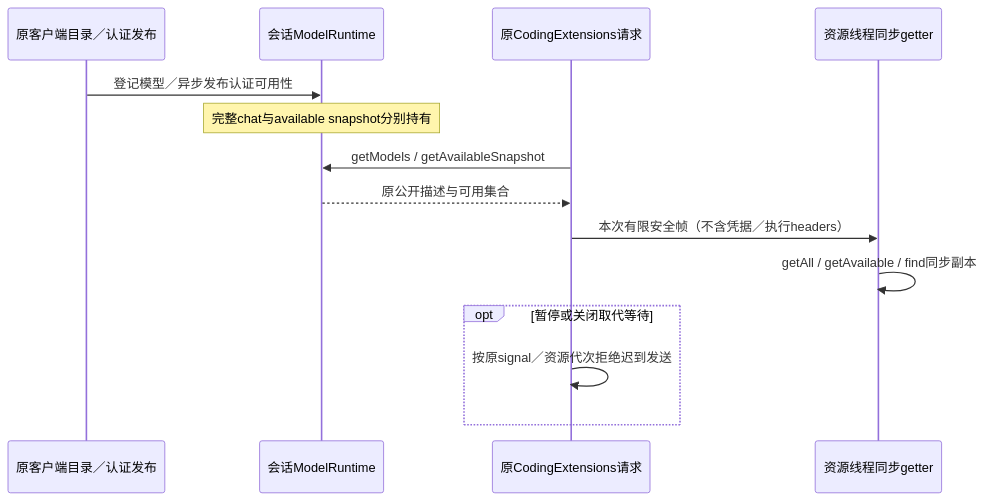
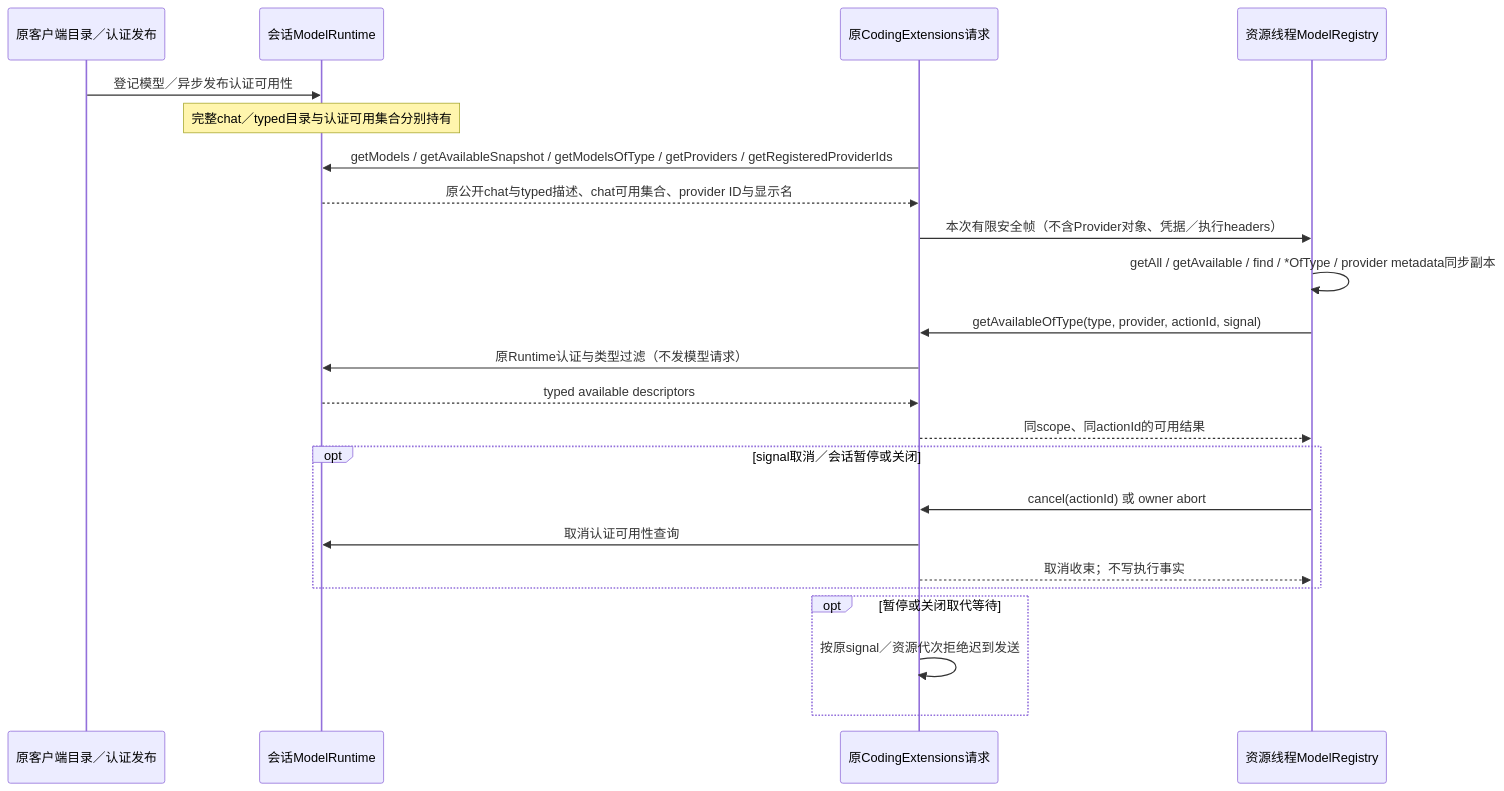
The tenth of 28 diagrams in doc/架构约定.md (ssdiwu/dcode), drawn with Mermaid before and after one commit. The commit also changed other lines of this file and 26 other files, not shown here.

````diff
--- a/doc/架构约定.md
+++ b/doc/架构约定.md
@@ -218,16 +286,25 @@
 ```mermaid
 sequenceDiagram
   participant Directory as 原客户端目录／认证发布
   participant Models as 会话ModelRuntime
   participant Bridge as 原CodingExtensions请求
-  participant Extension as 资源线程同步getter
+  participant Extension as 资源线程ModelRegistry
   Directory->>Models: 登记模型／异步发布认证可用性
-  Note over Models: 完整chat与available snapshot分别持有
-  Bridge->>Models: getModels / getAvailableSnapshot
-  Models-->>Bridge: 原公开描述与可用集合
-  Bridge->>Extension: 本次有限安全帧（不含凭据／执行headers）
-  Extension->>Extension: getAll / getAvailable / find同步副本
+  Note over Models: 完整chat／typed目录与认证可用集合分别持有
+  Bridge->>Models: getModels / getAvailableSnapshot / getModelsOfType / getProviders / getRegisteredProviderIds
+  Models-->>Bridge: 原公开chat与typed描述、chat可用集合、provider ID与显示名
+  Bridge->>Extension: 本次有限安全帧（不含Provider对象、凭据／执行headers）
+  Extension->>Extension: getAll / getAvailable / find / *OfType / provider metadata同步副本
+  Extension->>Bridge: getAvailableOfType(type, provider, actionId, signal)
+  Bridge->>Models: 原Runtime认证与类型过滤（不发模型请求）
+  Models-->>Bridge: typed available descriptors
+  Bridge-->>Extension: 同scope、同actionId的可用结果
+  opt signal取消／会话暂停或关闭
+    Extension->>Bridge: cancel(actionId) 或 owner abort
+    Bridge->>Models: 取消认证可用性查询
+    Bridge-->>Extension: 取消收束；不写执行事实
+  end
   opt 暂停或关闭取代等待
     Bridge->>Bridge: 按原signal／资源代次拒绝迟到发送
   end
 ```
````
